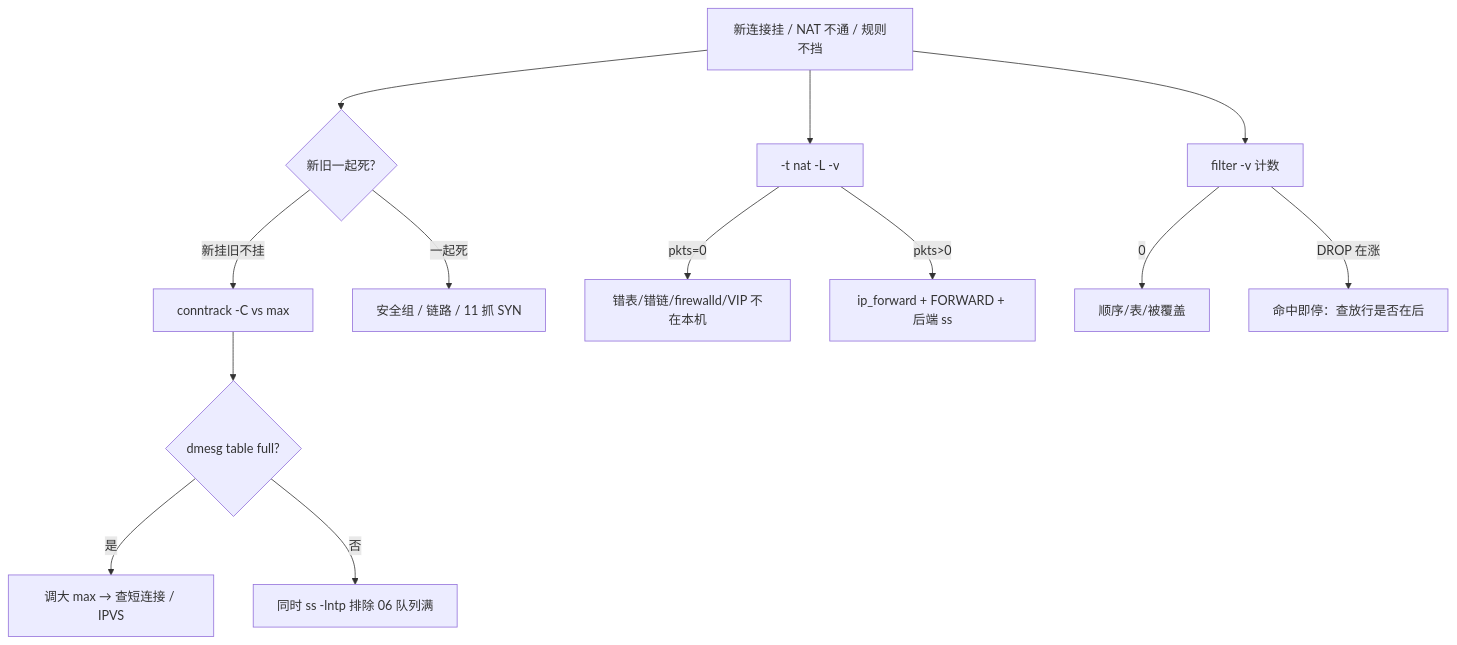
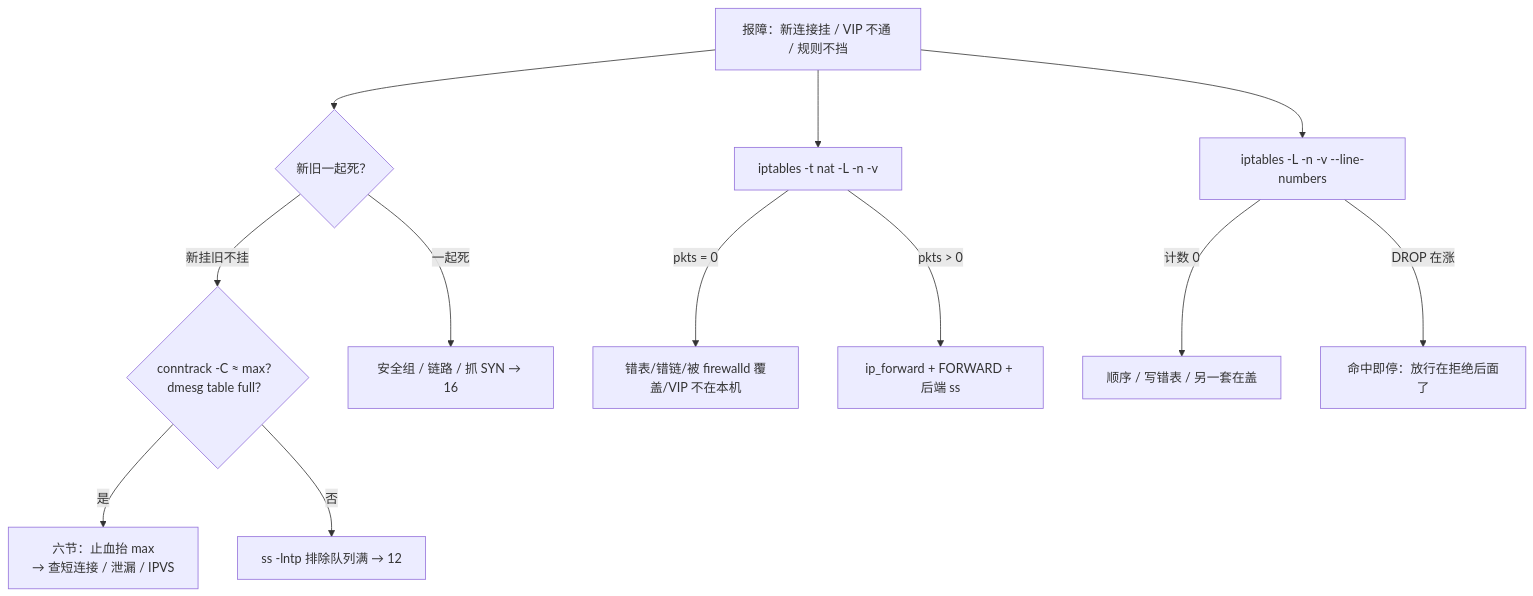
The fourth of 4 diagrams in 01-基础底座/17-iptables与conntrack/知识点.md (ml-cuizijun/LearnToLilith), drawn with Mermaid before and after one commit. The commit also changed other lines of this file and 470 other files, not shown here.

````diff
--- a/01-基础底座/17-iptables与conntrack/知识点.md
+++ b/01-基础底座/17-iptables与conntrack/知识点.md
@@ -978,15 +488,14 @@
 ```mermaid
 flowchart TB
-    A[新连接挂 / NAT 不通 / 规则不挡] --> B{新旧一起死?}
-    B -->|新挂旧不挂| C[conntrack -C vs max]
-    C --> D{dmesg table full?}
-    D -->|是| E[调大 max → 查短连接 / IPVS]
-    D -->|否| F[同时 ss -lntp 排除 06 队列满]
-    B -->|一起死| G[安全组 / 链路 / 11 抓 SYN]
-    A --> H["-t nat -L -v"]
-    H -->|pkts=0| I[错表/错链/firewalld/VIP 不在本机]
-    H -->|pkts>0| J[ip_forward + FORWARD + 后端 ss]
-    A --> K["filter -v 计数"]
-    K -->|0| L[顺序/表/被覆盖]
-    K -->|DROP 在涨| M[命中即停：查放行是否在后]
+    A["报障：新连接挂 / VIP 不通 / 规则不挡"] --> B{"新旧一起死？"}
+    B -->|"新挂旧不挂"| C{"conntrack -C ≈ max？<br/>dmesg table full？"}
+    C -->|是| D["六节：止血抬 max<br/>→ 查短连接 / 泄漏 / IPVS"]
+    C -->|否| E["ss -lntp 排除队列满 → 12"]
+    B -->|"一起死"| F["安全组 / 链路 / 抓 SYN → 16"]
+    A --> G["iptables -t nat -L -n -v"]
+    G -->|"pkts = 0"| H["错表/错链/被 firewalld 覆盖/VIP 不在本机"]
+    G -->|"pkts > 0"| I["ip_forward + FORWARD + 后端 ss"]
+    A --> J["iptables -L -n -v --line-numbers"]
+    J -->|"计数 0"| K["顺序 / 写错表 / 另一套在盖"]
+    J -->|"DROP 在涨"| L["命中即停：放行在拒绝后面了"]
 ```
````
